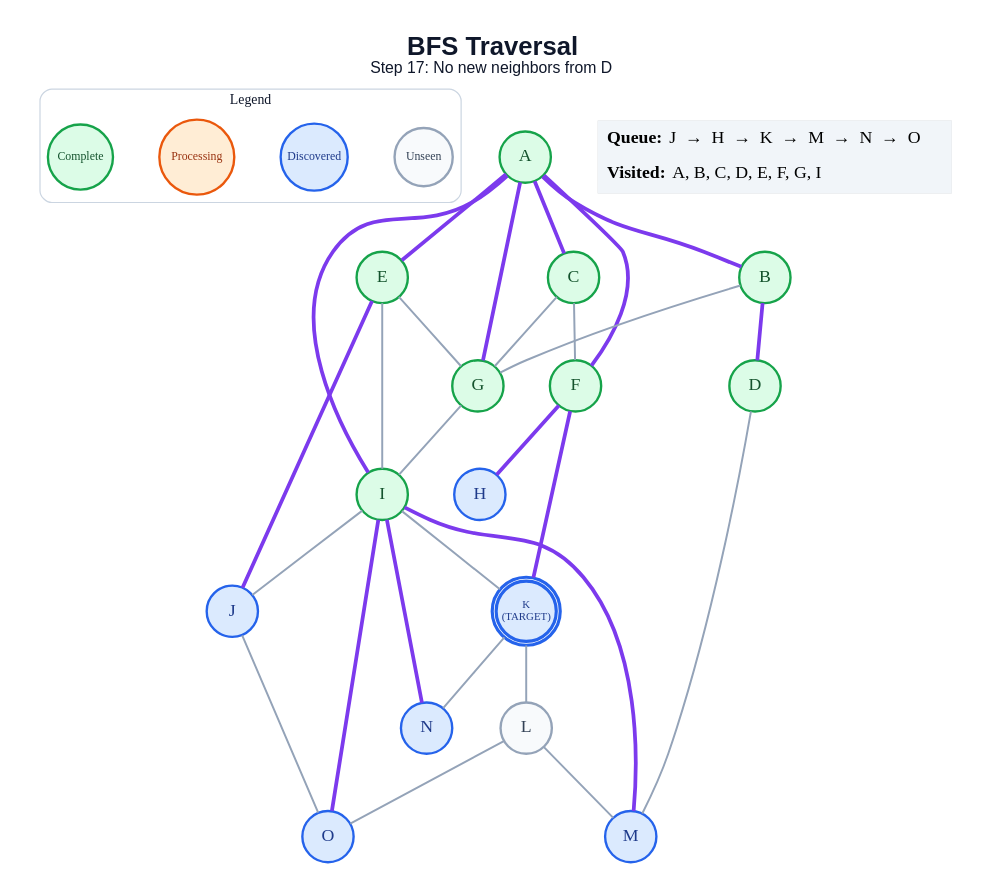
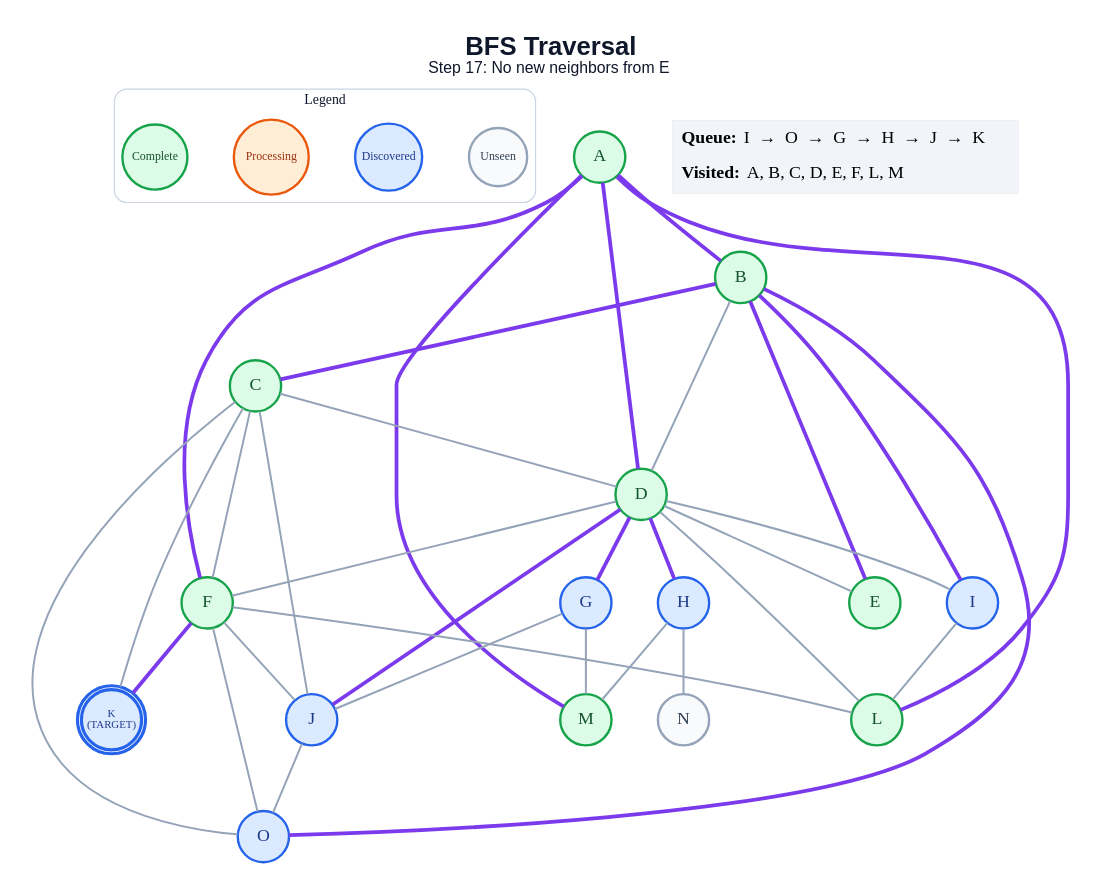
One commit to anon7238593-create/ai-slop changed the diagram in generated/specific-node/bfs/step_17.dot. Above: the diagram before and after it, drawn with Graphviz. The commit also changed 240 other files, not shown here.

```diff
--- a/generated/specific-node/bfs/step_17.dot
+++ b/generated/specific-node/bfs/step_17.dot
@@ -1,61 +1,66 @@
 graph traversal {
   graph [layout=dot, rankdir=TB, bgcolor="#FFFFFF", pad="0.35", nodesep="0.65", ranksep="0.8", fontname="Arial"];
   node [shape=circle, style="filled", fontname="Arial Bold", fontsize=18, width=0.72, fixedsize=true, penwidth=2.4];
   edge [color="#94A3B8", penwidth=2.0];
-  label=<<B>BFS Traversal</B><BR/><FONT POINT-SIZE="16">Step 17: No new neighbors from D</FONT>>; labelloc="t"; fontsize=26; fontname="Arial"; fontcolor="#0F172A";
+  label=<<B>BFS Traversal</B><BR/><FONT POINT-SIZE="16">Step 17: No new neighbors from E</FONT>>; labelloc="t"; fontsize=26; fontname="Arial"; fontcolor="#0F172A";
   subgraph cluster_legend { label="Legend"; color="#CBD5E1"; penwidth=1.2; style="rounded"; fontsize=14; fontname="Arial Bold";
     key_unseen [label="Unseen", fillcolor="#F8FAFC", color="#94A3B8", fontcolor="#334155", fontsize=12, width=0.82];
     key_frontier [label="Discovered", fillcolor="#DBEAFE", color="#2563EB", fontcolor="#1E3A8A", fontsize=12, width=0.95];
     key_current [label="Processing", fillcolor="#FFEDD5", color="#EA580C", fontcolor="#9A3412", fontsize=12, width=1.05];
     key_done [label="Complete", fillcolor="#DCFCE7", color="#16A34A", fontcolor="#14532D", fontsize=12, width=0.92];
     { rank=same; key_unseen; key_frontier; key_current; key_done; }
   }
   A [label="A", fillcolor="#DCFCE7", color="#16A34A", fontcolor="#14532D", peripheries=1, penwidth=2.4];
   B [label="B", fillcolor="#DCFCE7", color="#16A34A", fontcolor="#14532D", peripheries=1, penwidth=2.4];
   C [label="C", fillcolor="#DCFCE7", color="#16A34A", fontcolor="#14532D", peripheries=1, penwidth=2.4];
   D [label="D", fillcolor="#DCFCE7", color="#16A34A", fontcolor="#14532D", peripheries=1, penwidth=2.4];
   E [label="E", fillcolor="#DCFCE7", color="#16A34A", fontcolor="#14532D", peripheries=1, penwidth=2.4];
   F [label="F", fillcolor="#DCFCE7", color="#16A34A", fontcolor="#14532D", peripheries=1, penwidth=2.4];
-  G [label="G", fillcolor="#DCFCE7", color="#16A34A", fontcolor="#14532D", peripheries=1, penwidth=2.4];
+  G [label="G", fillcolor="#DBEAFE", color="#2563EB", fontcolor="#1E3A8A", peripheries=1, penwidth=2.4];
   H [label="H", fillcolor="#DBEAFE", color="#2563EB", fontcolor="#1E3A8A", peripheries=1, penwidth=2.4];
-  I [label="I", fillcolor="#DCFCE7", color="#16A34A", fontcolor="#14532D", peripheries=1, penwidth=2.4];
+  I [label="I", fillcolor="#DBEAFE", color="#2563EB", fontcolor="#1E3A8A", peripheries=1, penwidth=2.4];
   J [label="J", fillcolor="#DBEAFE", color="#2563EB", fontcolor="#1E3A8A", peripheries=1, penwidth=2.4];
   K [label="K\n(TARGET)", fillcolor="#DBEAFE", color="#2563EB", fontcolor="#1E3A8A", peripheries=2, penwidth=3.2, fontsize=11, width=0.85, height=0.85];
-  L [label="L", fillcolor="#F8FAFC", color="#94A3B8", fontcolor="#334155", peripheries=1, penwidth=2.4];
-  M [label="M", fillcolor="#DBEAFE", color="#2563EB", fontcolor="#1E3A8A", peripheries=1, penwidth=2.4];
-  N [label="N", fillcolor="#DBEAFE", color="#2563EB", fontcolor="#1E3A8A", peripheries=1, penwidth=2.4];
+  L [label="L", fillcolor="#DCFCE7", color="#16A34A", fontcolor="#14532D", peripheries=1, penwidth=2.4];
+  M [label="M", fillcolor="#DCFCE7", color="#16A34A", fontcolor="#14532D", peripheries=1, penwidth=2.4];
+  N [label="N", fillcolor="#F8FAFC", color="#94A3B8", fontcolor="#334155", peripheries=1, penwidth=2.4];
   O [label="O", fillcolor="#DBEAFE", color="#2563EB", fontcolor="#1E3A8A", peripheries=1, penwidth=2.4];
   A -- B [color="#7C3AED", penwidth=3.8];
-  A -- C [color="#7C3AED", penwidth=3.8];
-  A -- E [color="#7C3AED", penwidth=3.8];
+  A -- D [color="#7C3AED", penwidth=3.8];
   A -- F [color="#7C3AED", penwidth=3.8];
-  A -- G [color="#7C3AED", penwidth=3.8];
-  A -- I [color="#7C3AED", penwidth=3.8];
-  B -- D [color="#7C3AED", penwidth=3.8];
-  B -- G;
+  A -- L [color="#7C3AED", penwidth=3.8];
+  A -- M [color="#7C3AED", penwidth=3.8];
+  B -- C [color="#7C3AED", penwidth=3.8];
+  B -- D;
+  B -- E [color="#7C3AED", penwidth=3.8];
+  B -- I [color="#7C3AED", penwidth=3.8];
+  B -- O [color="#7C3AED", penwidth=3.8];
+  C -- D;
   C -- F;
-  C -- G;
-  D -- M;
-  E -- G;
-  E -- I;
-  E -- J [color="#7C3AED", penwidth=3.8];
-  F -- H [color="#7C3AED", penwidth=3.8];
+  C -- J;
+  C -- K;
+  C -- O;
+  D -- E;
+  D -- F;
+  D -- G [color="#7C3AED", penwidth=3.8];
+  D -- H [color="#7C3AED", penwidth=3.8];
+  D -- I;
+  D -- J [color="#7C3AED", penwidth=3.8];
+  D -- L;
+  F -- J;
   F -- K [color="#7C3AED", penwidth=3.8];
-  G -- I;
-  I -- J;
-  I -- K;
-  I -- M [color="#7C3AED", penwidth=3.8];
-  I -- N [color="#7C3AED", penwidth=3.8];
-  I -- O [color="#7C3AED", penwidth=3.8];
+  F -- L;
+  F -- O;
+  G -- J;
+  G -- M;
+  H -- M;
+  H -- N;
+  I -- L;
   J -- O;
-  K -- L;
-  K -- N;
-  L -- M;
-  L -- O;
   status [shape=plain, fixedsize=false, width=0, height=0, margin=0, label=<
     <TABLE BORDER="0" CELLBORDER="0" CELLPADDING="7" BGCOLOR="#F1F5F9">
-      <TR><TD ALIGN="LEFT"><B>Queue:</B> J  →  H  →  K  →  M  →  N  →  O</TD></TR>
-      <TR><TD ALIGN="LEFT"><B>Visited:</B> A, B, C, D, E, F, G, I</TD></TR>
+      <TR><TD ALIGN="LEFT"><B>Queue:</B> I  →  O  →  G  →  H  →  J  →  K</TD></TR>
+      <TR><TD ALIGN="LEFT"><B>Visited:</B> A, B, C, D, E, F, L, M</TD></TR>
     </TABLE>
   >];
 }
```
